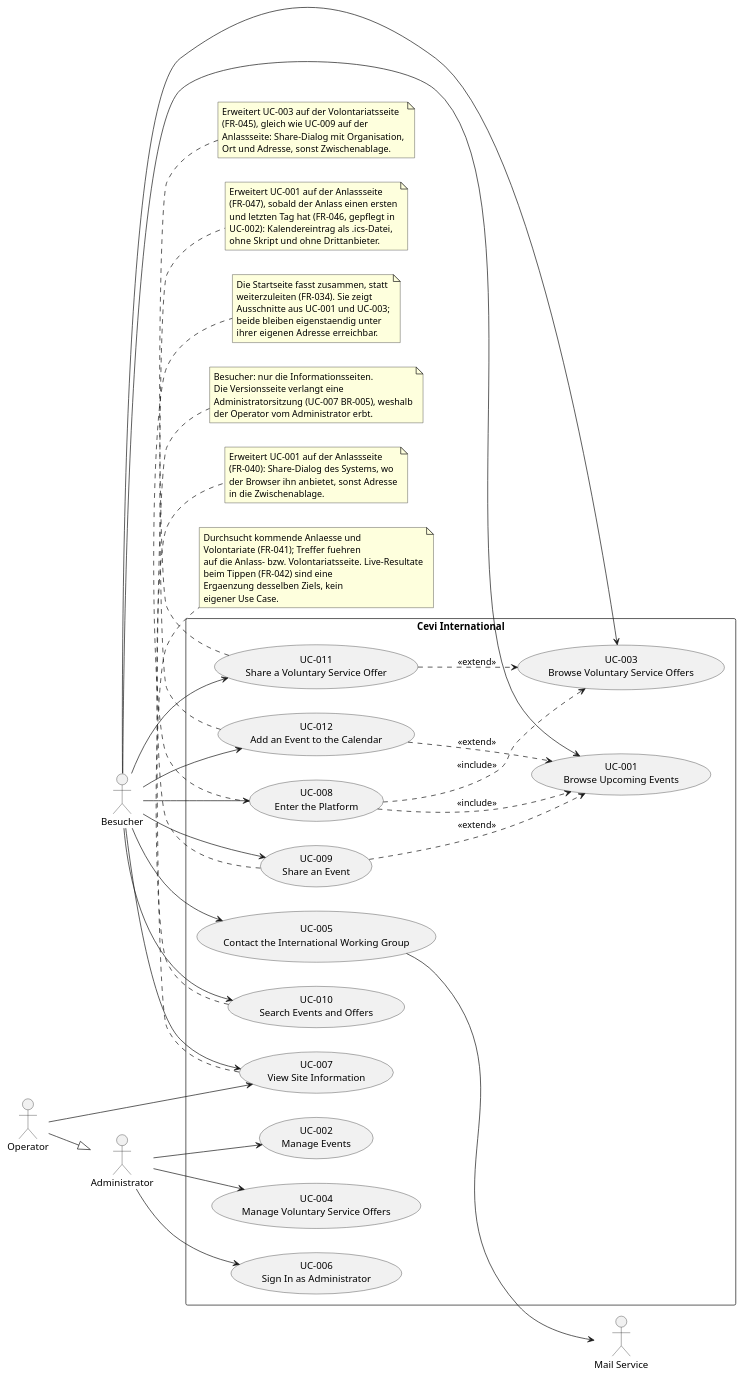
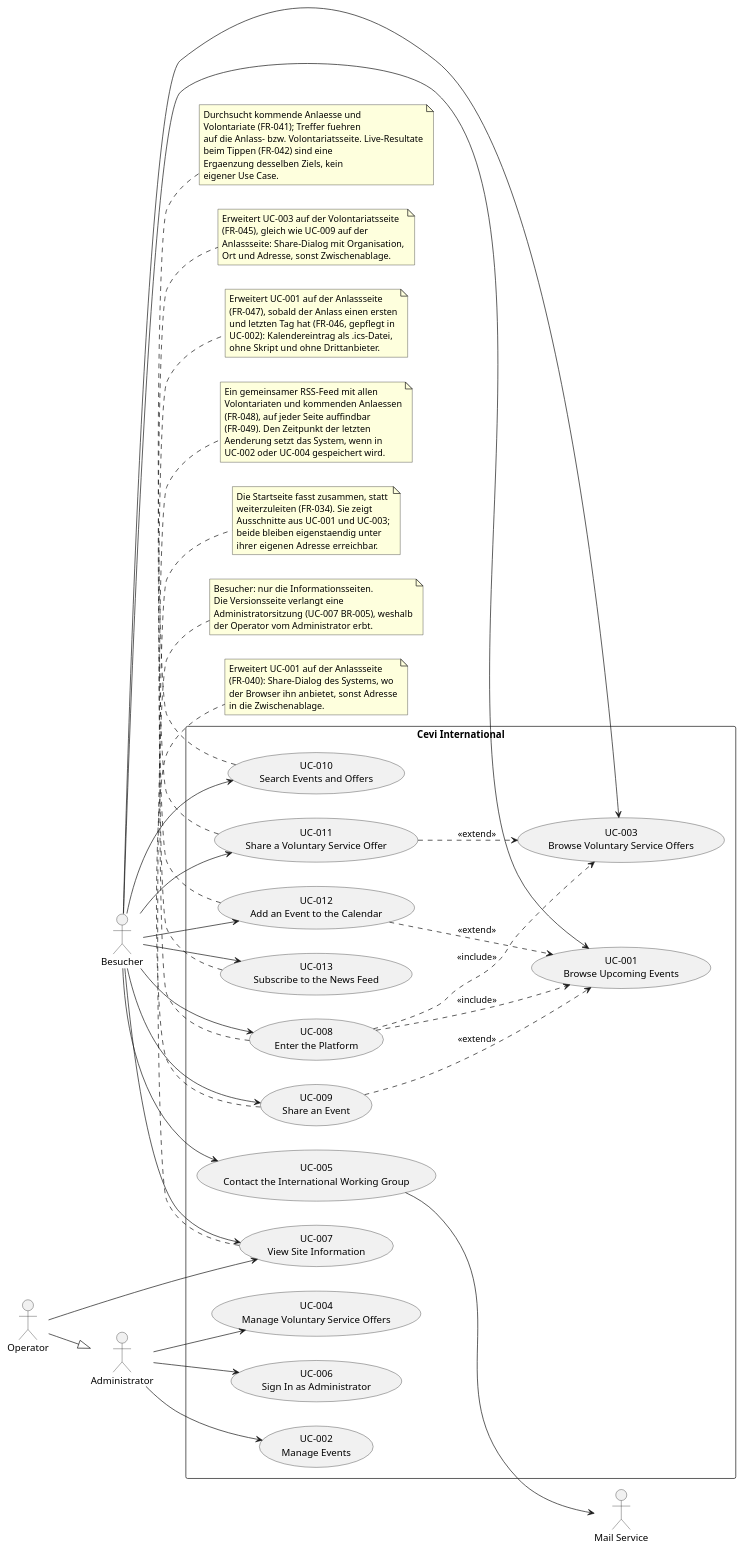
The diagram in docs/use_cases.puml (CeviFGI/cevi-int), drawn with PlantUML before and after one commit. The commit also changed 4 other files, not shown here.

First line of the commit message:
Specify the News Feed of new and changed entries (UC-013)

```diff
--- a/docs/use_cases.puml
+++ b/docs/use_cases.puml
@@ -1,96 +1,107 @@
 @startuml Use Cases Overview
 left to right direction
 
 actor "Besucher" as visitor
 actor "Administrator" as admin
 actor "Operator" as operator
 actor "Mail Service" as mail
 
 operator --|> admin
 
 rectangle "Cevi International" {
     usecase "UC-001\nBrowse Upcoming Events" as UC001
     usecase "UC-002\nManage Events" as UC002
     usecase "UC-003\nBrowse Voluntary Service Offers" as UC003
     usecase "UC-004\nManage Voluntary Service Offers" as UC004
     usecase "UC-005\nContact the International Working Group" as UC005
     usecase "UC-006\nSign In as Administrator" as UC006
     usecase "UC-007\nView Site Information" as UC007
     usecase "UC-008\nEnter the Platform" as UC008
     usecase "UC-009\nShare an Event" as UC009
     usecase "UC-010\nSearch Events and Offers" as UC010
     usecase "UC-011\nShare a Voluntary Service Offer" as UC011
     usecase "UC-012\nAdd an Event to the Calendar" as UC012
+    usecase "UC-013\nSubscribe to the News Feed" as UC013
 }
 
 visitor --> UC001
 visitor --> UC003
 visitor --> UC005
 visitor --> UC007
 visitor --> UC008
 visitor --> UC009
 visitor --> UC010
 visitor --> UC011
 visitor --> UC012
+visitor --> UC013
 
 admin --> UC002
 admin --> UC004
 admin --> UC006
 
 operator --> UC007
 
 UC005 --> mail
 
 UC008 ..> UC001 : <<include>>
 UC008 ..> UC003 : <<include>>
 UC009 ..> UC001 : <<extend>>
 UC011 ..> UC003 : <<extend>>
 UC012 ..> UC001 : <<extend>>
 
 note bottom of UC007
   Besucher: nur die Informationsseiten.
   Die Versionsseite verlangt eine
   Administratorsitzung (UC-007 BR-005), weshalb
   der Operator vom Administrator erbt.
 end note
 
 note bottom of UC008
   Die Startseite fasst zusammen, statt
   weiterzuleiten (FR-034). Sie zeigt
   Ausschnitte aus UC-001 und UC-003;
   beide bleiben eigenstaendig unter
   ihrer eigenen Adresse erreichbar.
 end note
 
 note bottom of UC009
   Erweitert UC-001 auf der Anlassseite
   (FR-040): Share-Dialog des Systems, wo
   der Browser ihn anbietet, sonst Adresse
   in die Zwischenablage.
 end note
 
 note bottom of UC010
   Durchsucht kommende Anlaesse und
   Volontariate (FR-041); Treffer fuehren
   auf die Anlass- bzw. Volontariatsseite. Live-Resultate
   beim Tippen (FR-042) sind eine
   Ergaenzung desselben Ziels, kein
   eigener Use Case.
 end note
 
 note bottom of UC011
   Erweitert UC-003 auf der Volontariatsseite
   (FR-045), gleich wie UC-009 auf der
   Anlassseite: Share-Dialog mit Organisation,
   Ort und Adresse, sonst Zwischenablage.
 end note
 
 note bottom of UC012
   Erweitert UC-001 auf der Anlassseite
   (FR-047), sobald der Anlass einen ersten
   und letzten Tag hat (FR-046, gepflegt in
   UC-002): Kalendereintrag als .ics-Datei,
   ohne Skript und ohne Drittanbieter.
 end note
 
+note bottom of UC013
+  Ein gemeinsamer RSS-Feed mit allen
+  Volontariaten und kommenden Anlaessen
+  (FR-048), auf jeder Seite auffindbar
+  (FR-049). Den Zeitpunkt der letzten
+  Aenderung setzt das System, wenn in
+  UC-002 oder UC-004 gespeichert wird.
+end note
+
 @enduml
```
